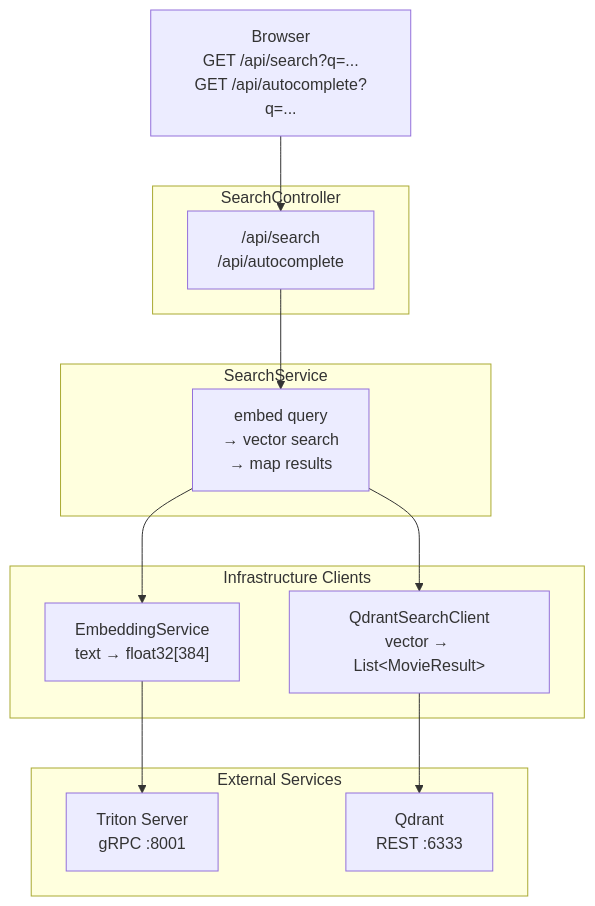
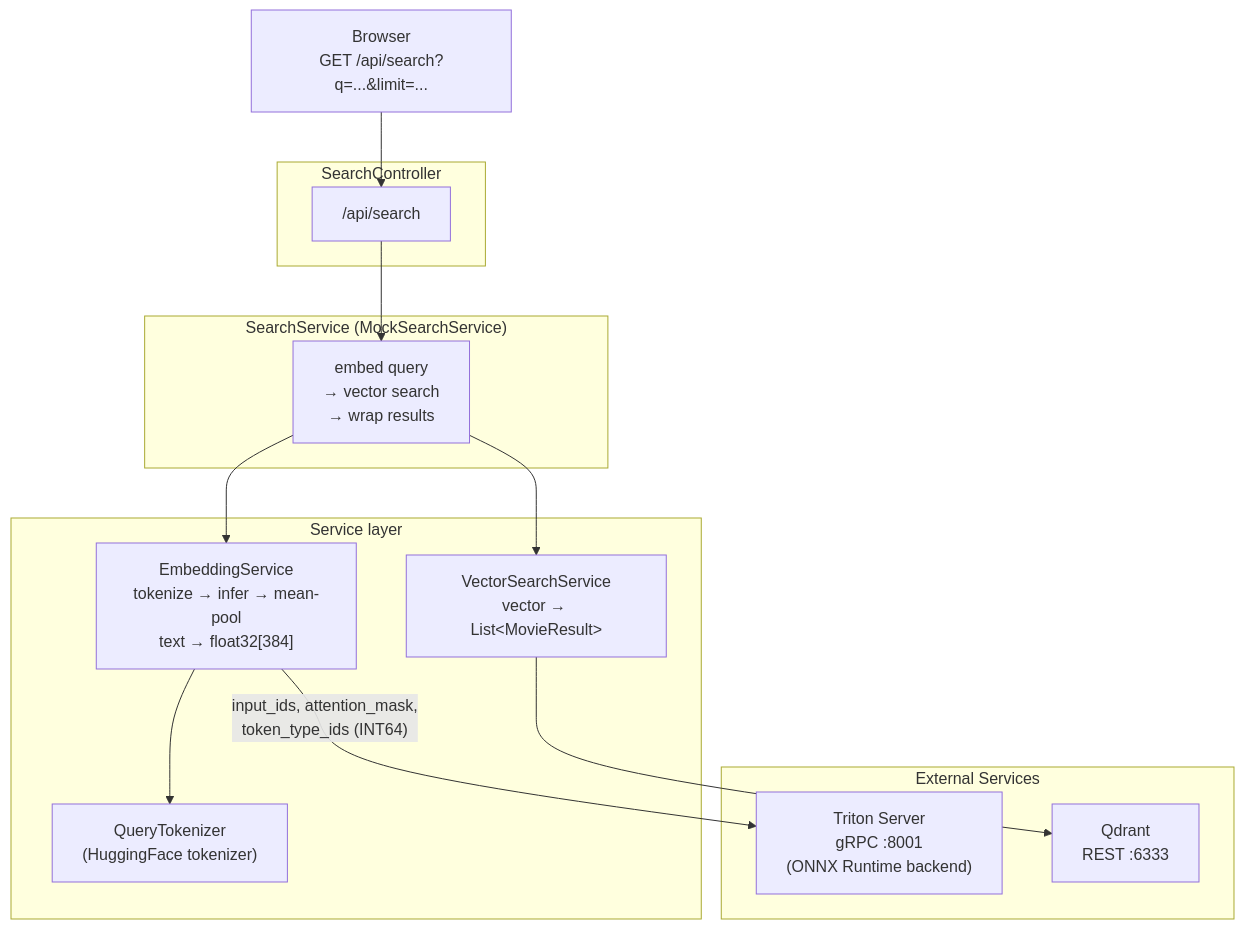
The diagram in docs/arch/api.md (atefft/movie-semantic-search), drawn with Mermaid before and after one commit. The commit also changed other lines of this file and 5 other files, not shown here.

First line of the commit message:
Fix docs/arch accuracy; remove dead Triton Python-backend files

````diff
--- a/docs/arch/api.md
+++ b/docs/arch/api.md
@@ -5,26 +5,29 @@
 ```mermaid
 flowchart TD
-  BROWSER["Browser\nGET /api/search?q=...\nGET /api/autocomplete?q=..."]
+  BROWSER["Browser\nGET /api/search?q=...&limit=..."]
 
   subgraph Controller["SearchController"]
-    SC["/api/search\n/api/autocomplete"]
+    SC["/api/search"]
   end
 
-  subgraph Service["SearchService"]
-    SS["embed query\n→ vector search\n→ map results"]
+  subgraph Service["SearchService (MockSearchService)"]
+    SS["embed query\n→ vector search\n→ wrap results"]
   end
 
-  subgraph Clients["Infrastructure Clients"]
-    ES["EmbeddingService\ntext → float32[384]"]
-    QC["QdrantSearchClient\nvector → List&lt;MovieResult&gt;"]
+  subgraph Clients["Service layer"]
+    ES["EmbeddingService\ntokenize → infer → mean-pool\ntext → float32[384]"]
+    TOK["QueryTokenizer\n(HuggingFace tokenizer)"]
+    QC["VectorSearchService\nvector → List&lt;MovieResult&gt;"]
   end
 
   subgraph External["External Services"]
-    TRITON["Triton Server\ngRPC :8001"]
+    TRITON["Triton Server\ngRPC :8001\n(ONNX Runtime backend)"]
     QDRANT["Qdrant\nREST :6333"]
   end
 
   BROWSER --> SC --> SS
-  SS --> ES --> TRITON
+  SS --> ES
+  ES --> TOK
+  ES -->|"input_ids, attention_mask,\ntoken_type_ids (INT64)"| TRITON
   SS --> QC --> QDRANT
 ```
````
